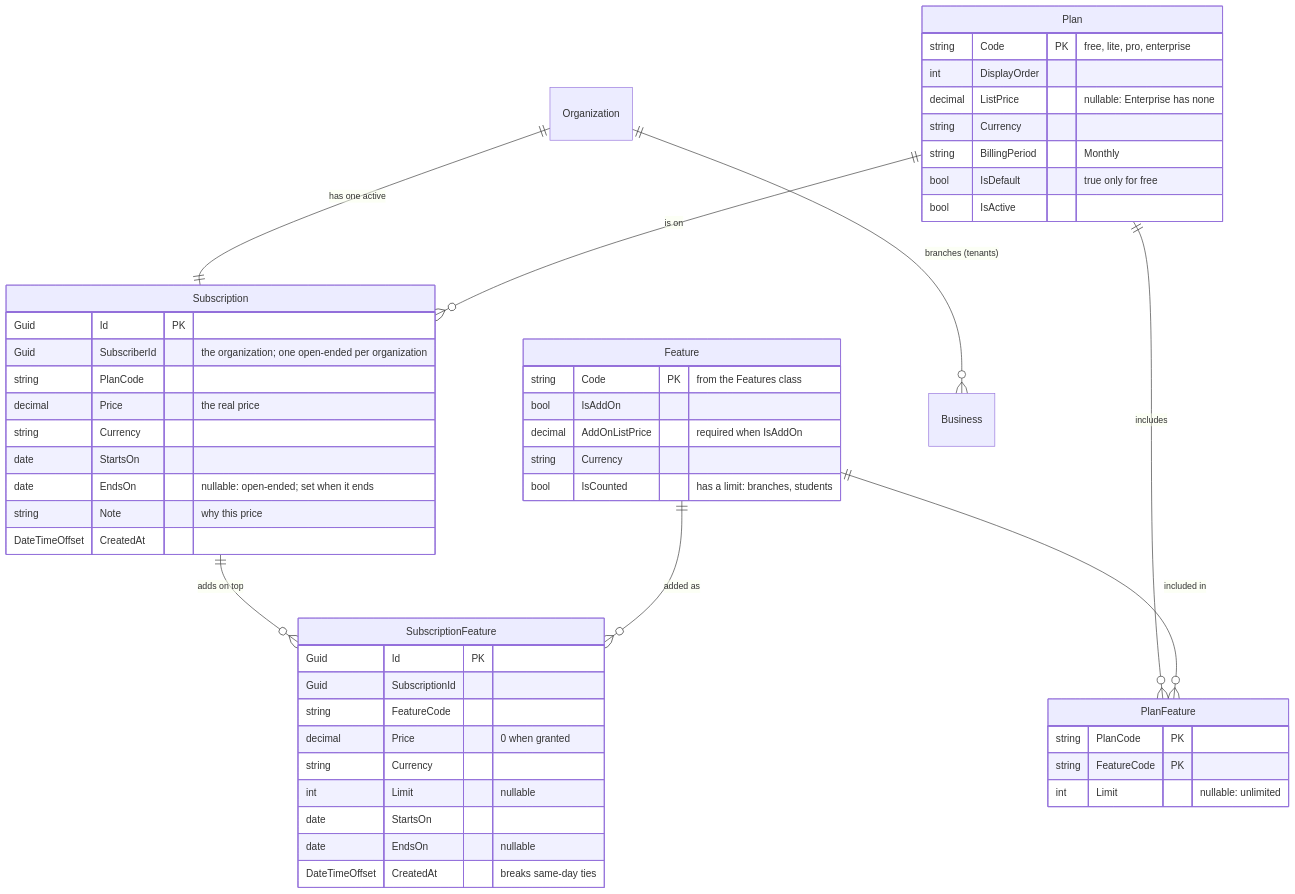
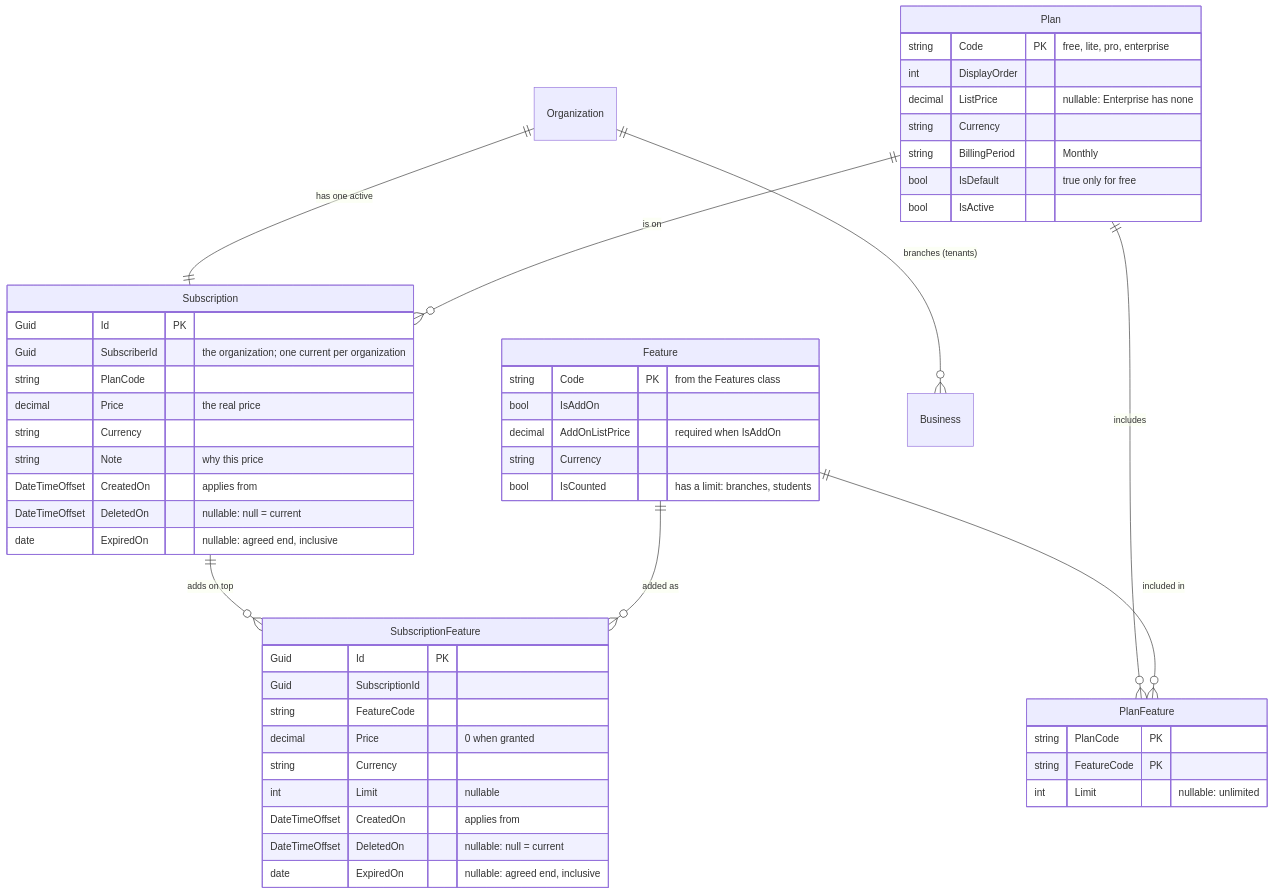
The first of 2 diagrams in docs/backend/20261003-subscriptions/plan.md (alejandrolazarte/class-manager), drawn with Mermaid before and after one commit. The commit also changed other lines of this file and 47 other files, not shown here.

First line of the commit message:
feat(subscriptions): adopt CreatedOn, DeletedOn and ExpiredOn for current records

````diff
--- a/docs/backend/20261003-subscriptions/plan.md
+++ b/docs/backend/20261003-subscriptions/plan.md
@@ -88,54 +88,54 @@
 ```mermaid
 erDiagram
     Organization ||--|| Subscription : "has one active"
     Plan ||--o{ Subscription : "is on"
     Plan ||--o{ PlanFeature : includes
     Feature ||--o{ PlanFeature : "included in"
     Subscription ||--o{ SubscriptionFeature : "adds on top"
     Feature ||--o{ SubscriptionFeature : "added as"
     Organization ||--o{ Business : "branches (tenants)"
 
     Plan {
         string Code PK "free, lite, pro, enterprise"
         int DisplayOrder
         decimal ListPrice "nullable: Enterprise has none"
         string Currency
         string BillingPeriod "Monthly"
         bool IsDefault "true only for free"
         bool IsActive
     }
     Feature {
         string Code PK "from the Features class"
         bool IsAddOn
         decimal AddOnListPrice "required when IsAddOn"
         string Currency
         bool IsCounted "has a limit: branches, students"
     }
     PlanFeature {
         string PlanCode PK
         string FeatureCode PK
         int Limit "nullable: unlimited"
     }
     Subscription {
         Guid Id PK
-        Guid SubscriberId "the organization; one open-ended per organization"
+        Guid SubscriberId "the organization; one current per organization"
         string PlanCode
         decimal Price "the real price"
         string Currency
-        date StartsOn
-        date EndsOn "nullable: open-ended; set when it ends"
         string Note "why this price"
-        DateTimeOffset CreatedAt
+        DateTimeOffset CreatedOn "applies from"
+        DateTimeOffset DeletedOn "nullable: null = current"
+        date ExpiredOn "nullable: agreed end, inclusive"
     }
     SubscriptionFeature {
         Guid Id PK
         Guid SubscriptionId
         string FeatureCode
         decimal Price "0 when granted"
         string Currency
         int Limit "nullable"
-        date StartsOn
-        date EndsOn "nullable"
-        DateTimeOffset CreatedAt "breaks same-day ties"
+        DateTimeOffset CreatedOn "applies from"
+        DateTimeOffset DeletedOn "nullable: null = current"
+        date ExpiredOn "nullable: agreed end, inclusive"
     }
 ```
````
